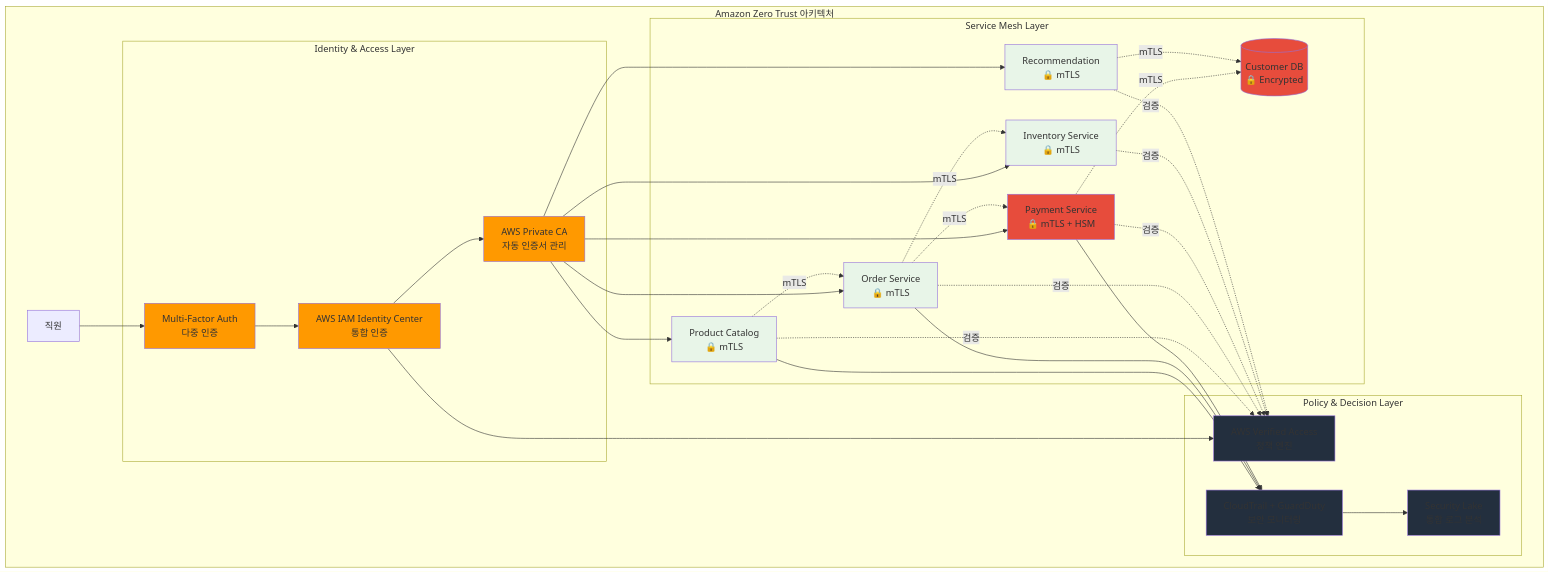
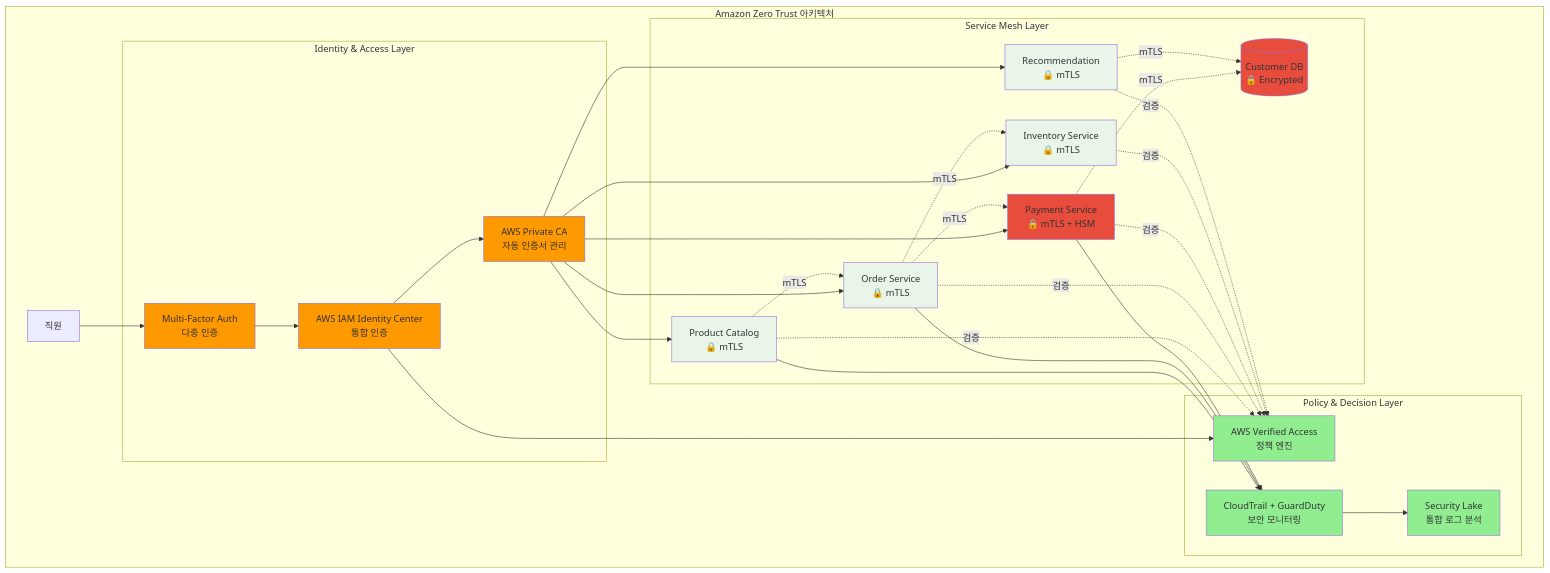
The fifth of 9 diagrams in theory/week_04/day3/session_1.md (niceguy61/kdt_devops_lecture_2025), drawn with Mermaid before and after one commit.

````diff
--- a/theory/week_04/day3/session_1.md
+++ b/theory/week_04/day3/session_1.md
@@ -266,66 +266,66 @@
 ```mermaid
 graph TB
     subgraph "Amazon Zero Trust 아키텍처"
         subgraph "Identity & Access Layer"
             IDP[AWS IAM Identity Center<br/>통합 인증]
             CERT[AWS Private CA<br/>자동 인증서 관리]
             MFA[Multi-Factor Auth<br/>다중 인증]
         end
         
         subgraph "Policy & Decision Layer"
             PE[AWS Verified Access<br/>정책 엔진]
             LOG[CloudTrail + GuardDuty<br/>보안 모니터링]
             SIEM[Security Lake<br/>통합 로그 분석]
         end
         
         subgraph "Service Mesh Layer"
             MS1[Product Catalog<br/>🔒 mTLS]
             MS2[Order Service<br/>🔒 mTLS]
             MS3[Payment Service<br/>🔒 mTLS + HSM]
             MS4[Inventory Service<br/>🔒 mTLS]
             MS5[Recommendation<br/>🔒 mTLS]
             DB[(Customer DB<br/>🔒 Encrypted)]
         end
         
         EMP[직원] --> MFA
         MFA --> IDP
         IDP --> CERT
         IDP --> PE
         
         CERT --> MS1
         CERT --> MS2
         CERT --> MS3
         CERT --> MS4
         CERT --> MS5
         
         MS1 -.검증.-> PE
         MS2 -.검증.-> PE
         MS3 -.검증.-> PE
         MS4 -.검증.-> PE
         MS5 -.검증.-> PE
         
         MS1 -.mTLS.-> MS2
         MS2 -.mTLS.-> MS3
         MS2 -.mTLS.-> MS4
         MS3 -.mTLS.-> DB
         MS5 -.mTLS.-> DB
         
         MS1 --> LOG
         MS2 --> LOG
         MS3 --> LOG
         LOG --> SIEM
     end
     
     style IDP fill:#ff9900
     style CERT fill:#ff9900
     style MFA fill:#ff9900
-    style PE fill:#232f3e
-    style LOG fill:#232f3e
-    style SIEM fill:#232f3e
+    style PE fill:#90EE90
+    style LOG fill:#90EE90
+    style SIEM fill:#90EE90
     style MS1 fill:#e8f5e8
     style MS2 fill:#e8f5e8
     style MS3 fill:#e74c3c
     style MS4 fill:#e8f5e8
     style MS5 fill:#e8f5e8
     style DB fill:#e74c3c
 ```
````
